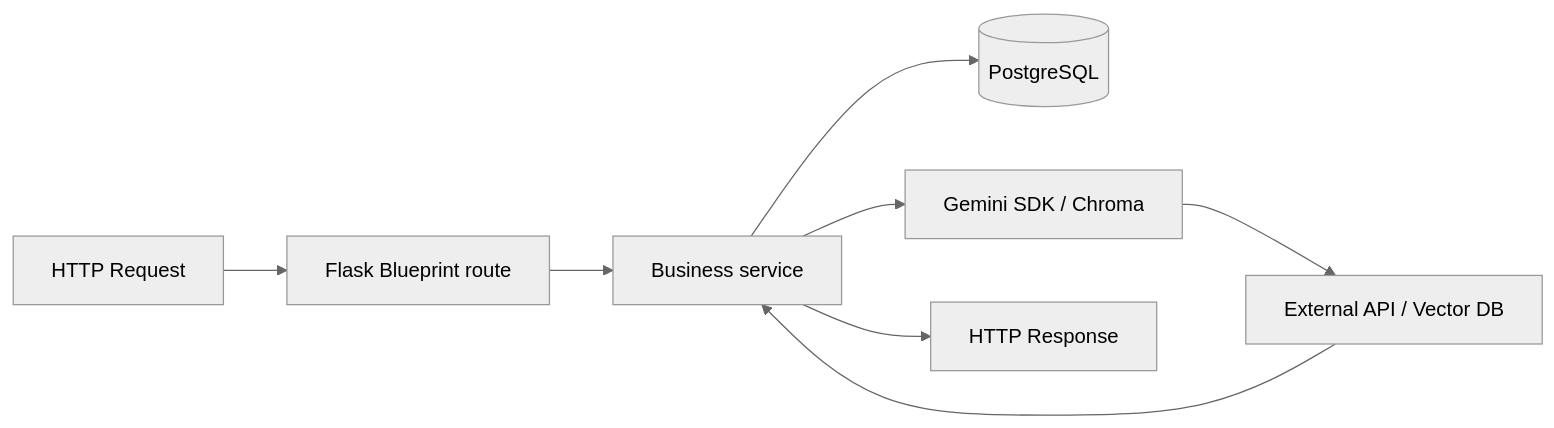
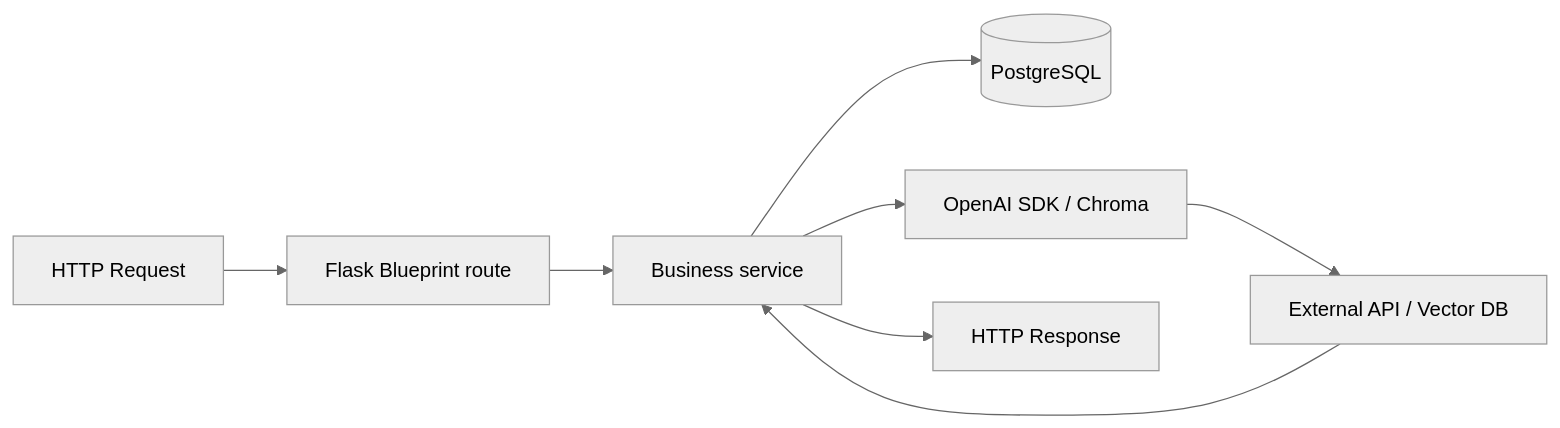
The fourth of 4 diagrams in documentation/06-codebase-file-function-map.md (Dorjnyam/rag_chatbot_try), drawn with Mermaid (neutral theme) before and after one commit. The commit also changed other lines of this file and 50 other files, not shown here.

````diff
--- a/documentation/06-codebase-file-function-map.md
+++ b/documentation/06-codebase-file-function-map.md
@@ -74,10 +74,10 @@
 ```mermaid
 flowchart LR
     HTTP[HTTP Request] --> Route[Flask Blueprint route]
     Route --> Service[Business service]
     Service --> SQL[(PostgreSQL)]
-    Service --> Ext[Gemini SDK / Chroma]
+    Service --> Ext[OpenAI SDK / Chroma]
     Ext --> API[External API / Vector DB]
     API --> Service
     Service --> Response[HTTP Response]
 ```
````
